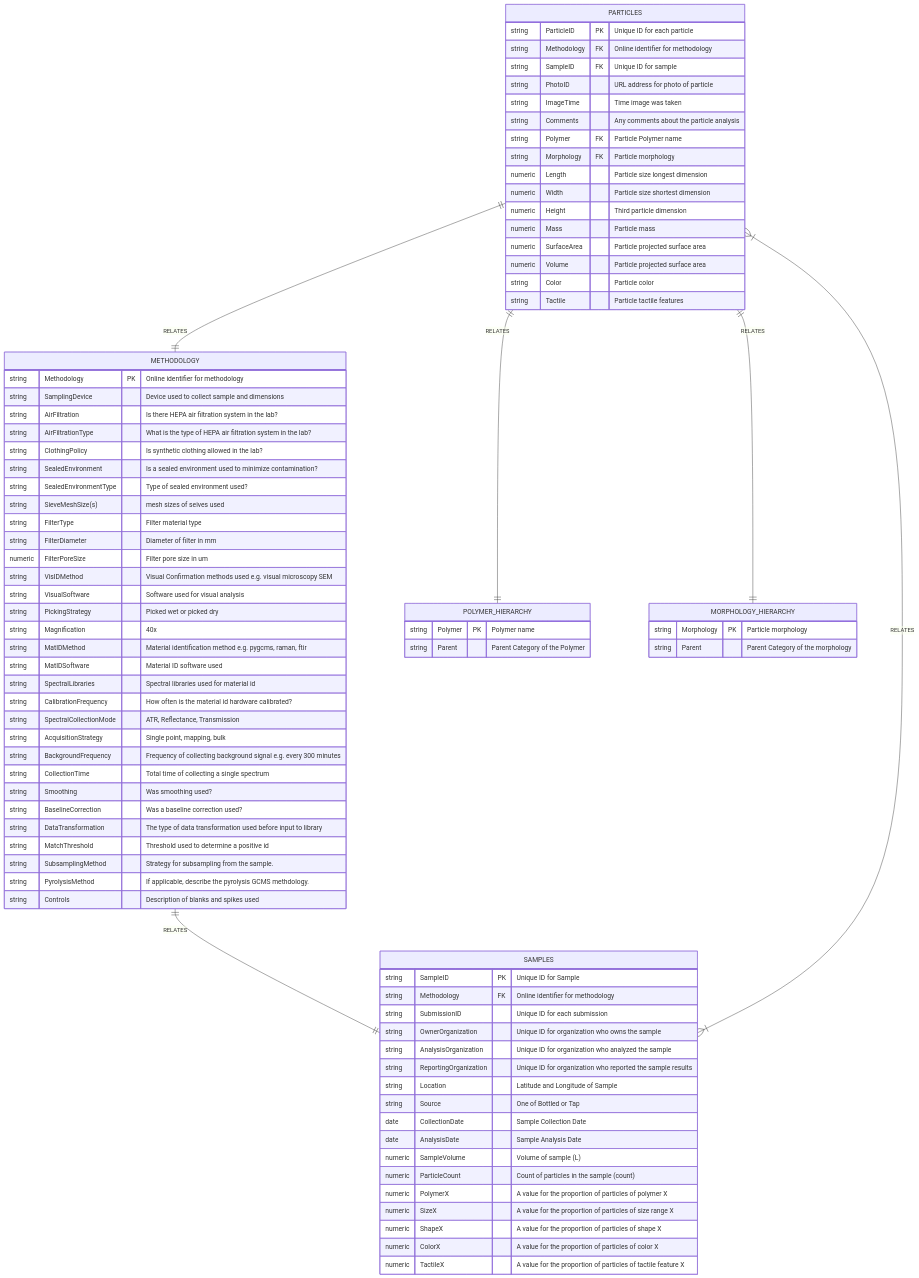
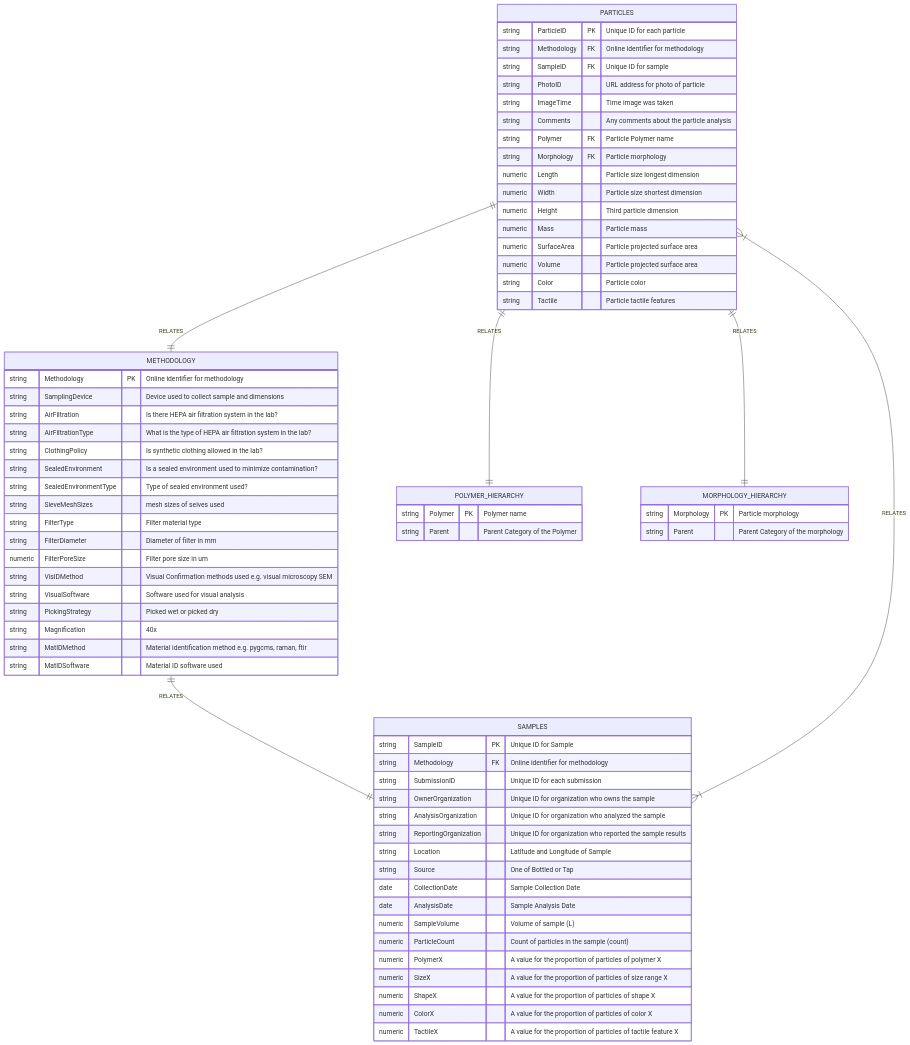
Before and after one commit to Moore-Institute-4-Plastic-Pollution-Res/Microplastic_Data_Portal: the first of 3 diagrams in README.md, drawn with Mermaid.

```diff
--- a/README.md
+++ b/README.md
@@ -83,7 +83,7 @@
 	string ClothingPolicy "Is synthetic clothing allowed in the lab?"
 	string SealedEnvironment "Is a sealed environment used to minimize contamination?"
 	string SealedEnvironmentType "Type of sealed environment used?"
-	string SieveMeshSize(s) "mesh sizes of seives used"
+	string SieveMeshSizes "mesh sizes of seives used"
         string FilterType "Filter material type"
 	string FilterDiameter "Diameter of filter in mm"
         numeric FilterPoreSize "Filter pore size in um"
@@ -93,19 +93,6 @@
 	string Magnification "40x"
         string MatIDMethod "Material identification method e.g. pygcms, raman, ftir"
 	string MatIDSoftware "Material ID software used"
-	string SpectralLibraries "Spectral libraries used for material id"
-	string CalibrationFrequency "How often is the material id hardware calibrated?"
-	string SpectralCollectionMode "ATR, Reflectance, Transmission"
-	string AcquisitionStrategy "Single point, mapping, bulk"
-	string BackgroundFrequency "Frequency of collecting background signal e.g. every 300 minutes"
-	string CollectionTime "Total time of collecting a single spectrum"
-	string Smoothing "Was smoothing used?"
-	string BaselineCorrection "Was a baseline correction used?"
-	string DataTransformation "The type of data transformation used before input to library"
-	string MatchThreshold "Threshold used to determine a positive id"
-	string SubsamplingMethod "Strategy for subsampling from the sample."
-	string PyrolysisMethod "If applicable, describe the pyrolysis GCMS methdology."
-        string Controls "Description of blanks and spikes used"
     } 
       POLYMER_HIERARCHY {
         string Polymer PK "Polymer name"
```
